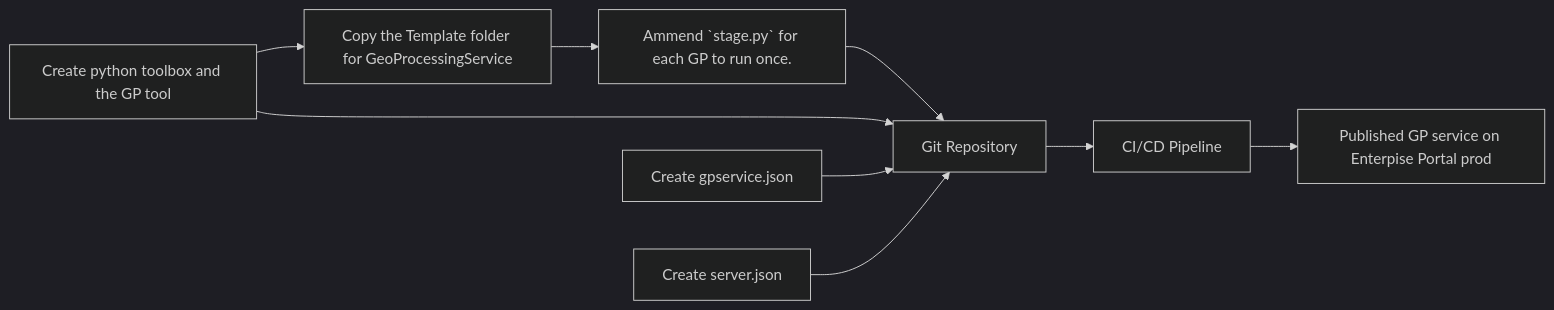
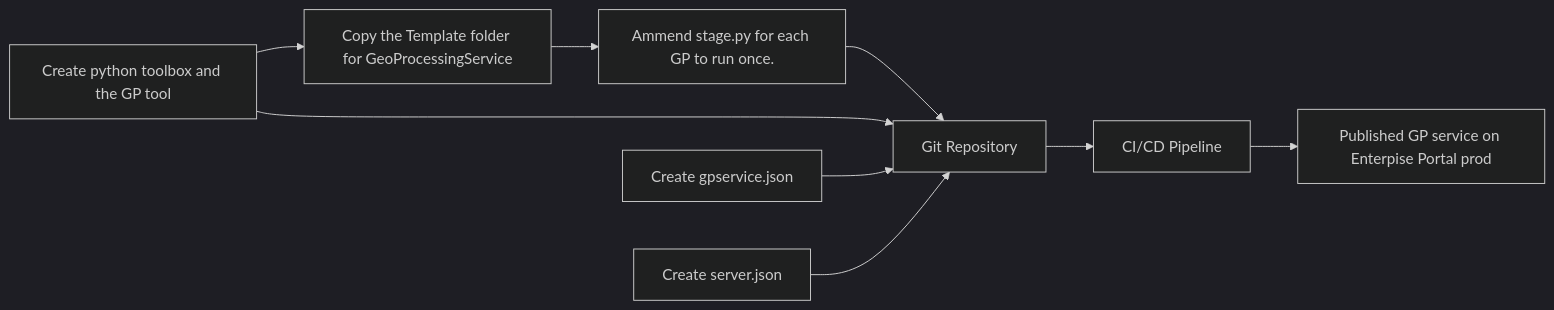
Before and after one commit to merkator-software/GaiaBuilder-manual: the diagram in Configuration_examples/Publishing a Geoprocessing service/README.md, drawn with Mermaid (dark theme).

````diff
--- a/Configuration_examples/Publishing a Geoprocessing service/README.md
+++ b/Configuration_examples/Publishing a Geoprocessing service/README.md
@@ -17,20 +17,20 @@
 ```mermaid
 graph LR
   gaiabuilder[Copy the Template folder for GeoProcessingService]
-  configure[Ammend `stage.py` for each GP to run once.]
+  configure[Ammend stage.py for each GP to run once.]
   gp[Create python toolbox and the GP tool]
   git[Git Repository]
   pipeline[CI/CD Pipeline]
   portal[Published GP service on Enterpise Portal prod]
   edit[Create gpservice.json]
   server[Create server.json]
 
   gp --> gaiabuilder
   gaiabuilder --> configure
   configure --> git
   gp --> git
   edit --> git
   server --> git
   git --> pipeline
   pipeline --> portal
 ```
````
